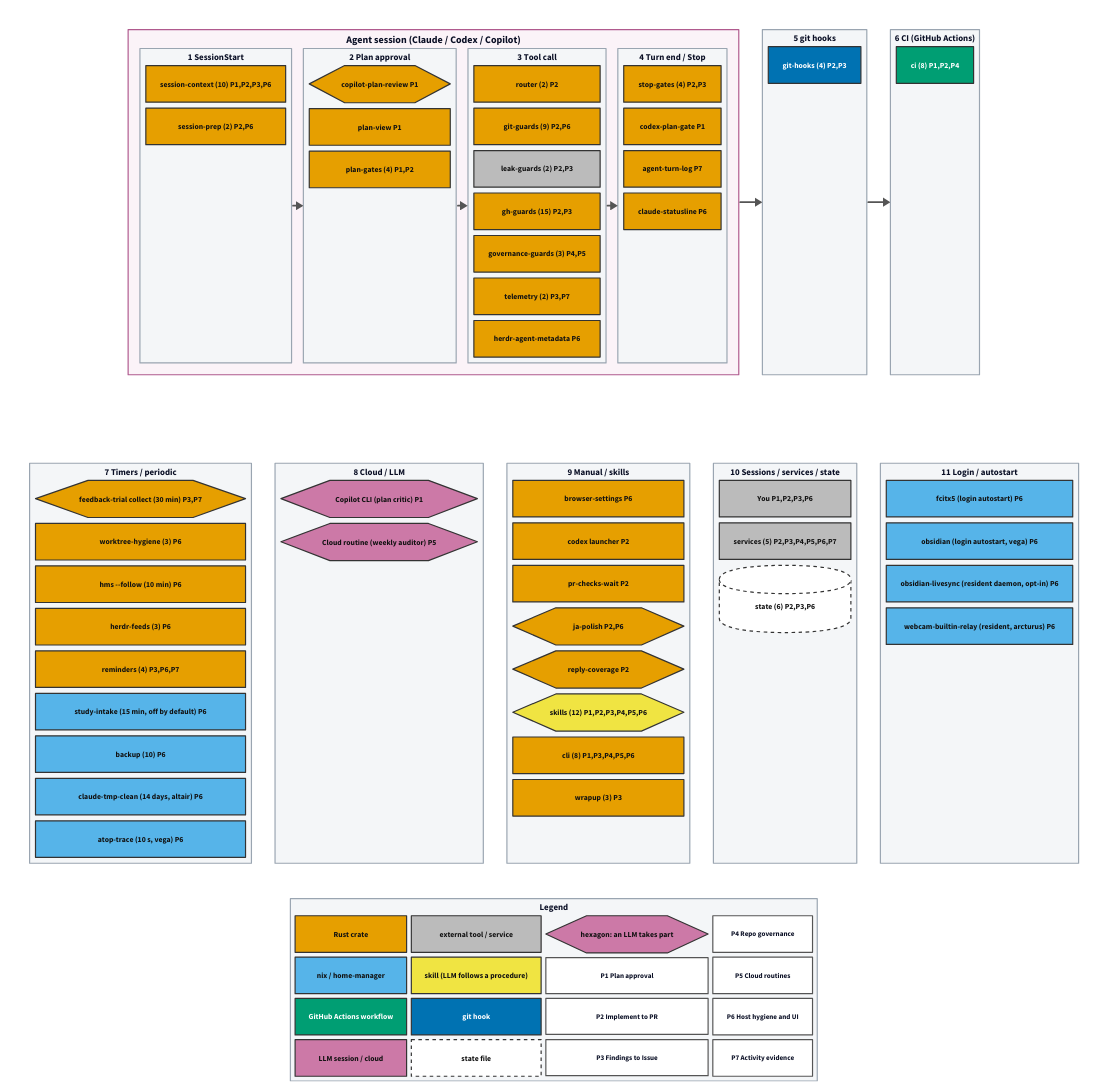
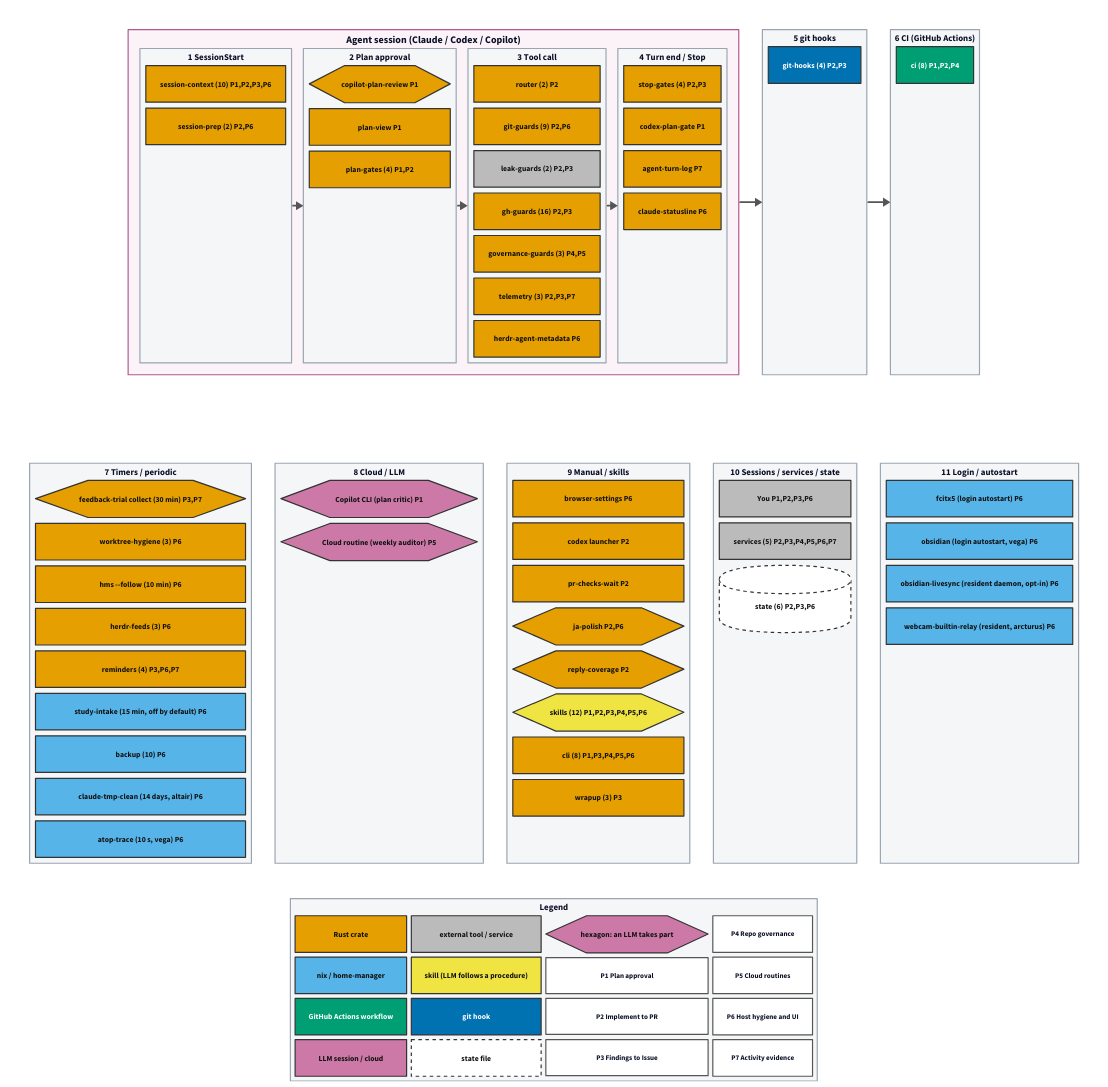
One commit to tarotene/dotfiles changed the diagram in docs/assets/pipeline-map/overview.d2. Above: the diagram before and after it, drawn with D2. The commit also changed 20 other files, not shown here.

```diff
--- a/docs/assets/pipeline-map/overview.d2
+++ b/docs/assets/pipeline-map/overview.d2
@@ -213,13 +213,13 @@
       g_leak_guards: "leak-guards (2)  P2,P3" {
         class: s_external
       }
-      g_gh_guards: "gh-guards (15)  P2,P3" {
+      g_gh_guards: "gh-guards (16)  P2,P3" {
         class: s_rust
       }
       g_governance_guards: "governance-guards (3)  P4,P5" {
         class: s_rust
       }
-      g_telemetry: "telemetry (2)  P3,P7" {
+      g_telemetry: "telemetry (3)  P2,P3,P7" {
         class: s_rust
       }
       g_herdr_feeds: "herdr-agent-metadata  P6" {
```
